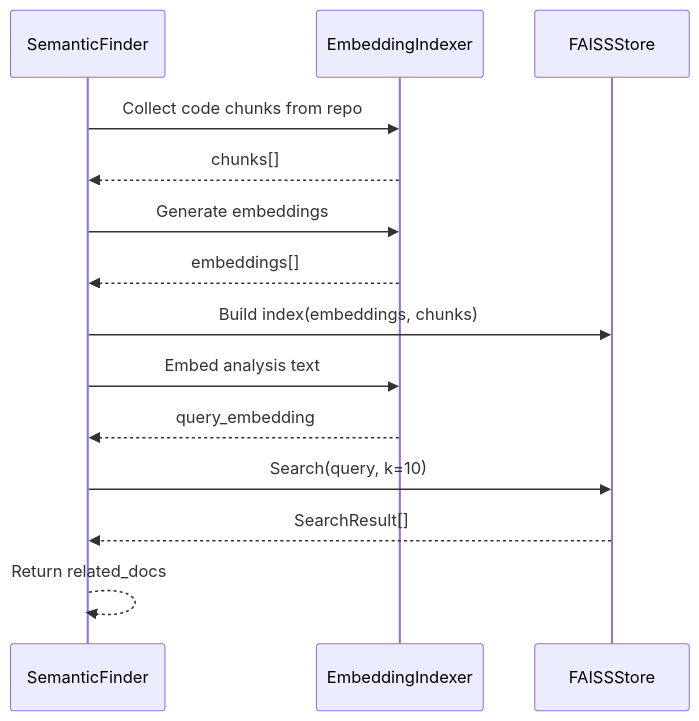
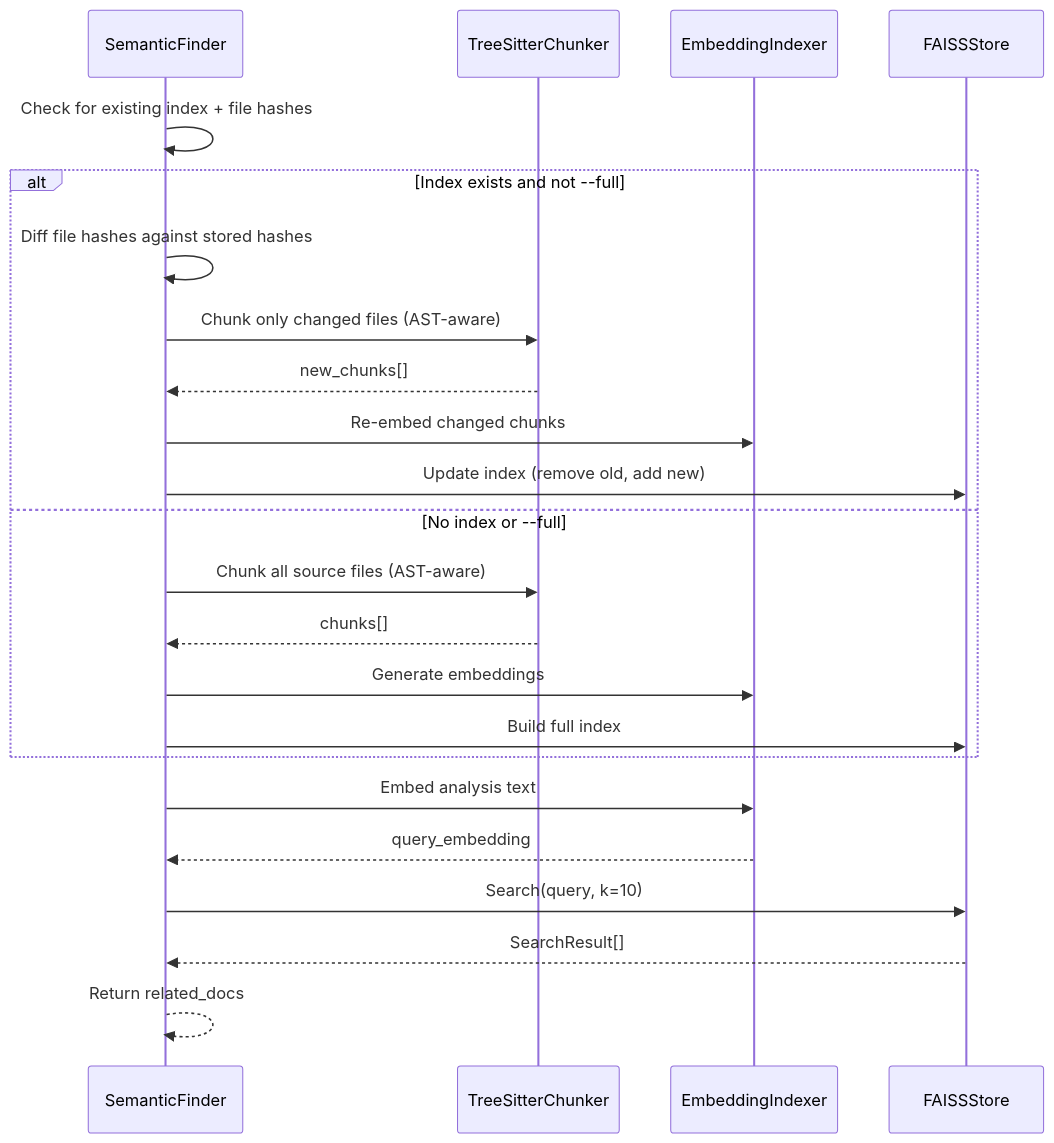
One commit to sarupurisailalith/codebase-cortex changed the third of 9 diagrams in docs/agents.md. Above: the diagram before and after it, drawn with Mermaid. The commit also changed other lines of this file and 8 other files, not shown here.

````diff
--- a/docs/agents.md
+++ b/docs/agents.md
@@ -91,17 +182,26 @@
 ```mermaid
 sequenceDiagram
     participant SF as SemanticFinder
+    participant TSC as TreeSitterChunker
     participant IDX as EmbeddingIndexer
     participant FAISS as FAISSStore
 
-    SF->>IDX: Collect code chunks from repo
-    IDX-->>SF: chunks[]
-    SF->>IDX: Generate embeddings
-    IDX-->>SF: embeddings[]
-    SF->>FAISS: Build index(embeddings, chunks)
+    SF->>SF: Check for existing index + file hashes
+    alt Index exists and not --full
+        SF->>SF: Diff file hashes against stored hashes
+        SF->>TSC: Chunk only changed files (AST-aware)
+        TSC-->>SF: new_chunks[]
+        SF->>IDX: Re-embed changed chunks
+        SF->>FAISS: Update index (remove old, add new)
+    else No index or --full
+        SF->>TSC: Chunk all source files (AST-aware)
+        TSC-->>SF: chunks[]
+        SF->>IDX: Generate embeddings
+        SF->>FAISS: Build full index
+    end
     SF->>IDX: Embed analysis text
     IDX-->>SF: query_embedding
     SF->>FAISS: Search(query, k=10)
     FAISS-->>SF: SearchResult[]
     SF-->>SF: Return related_docs
 ```
````
